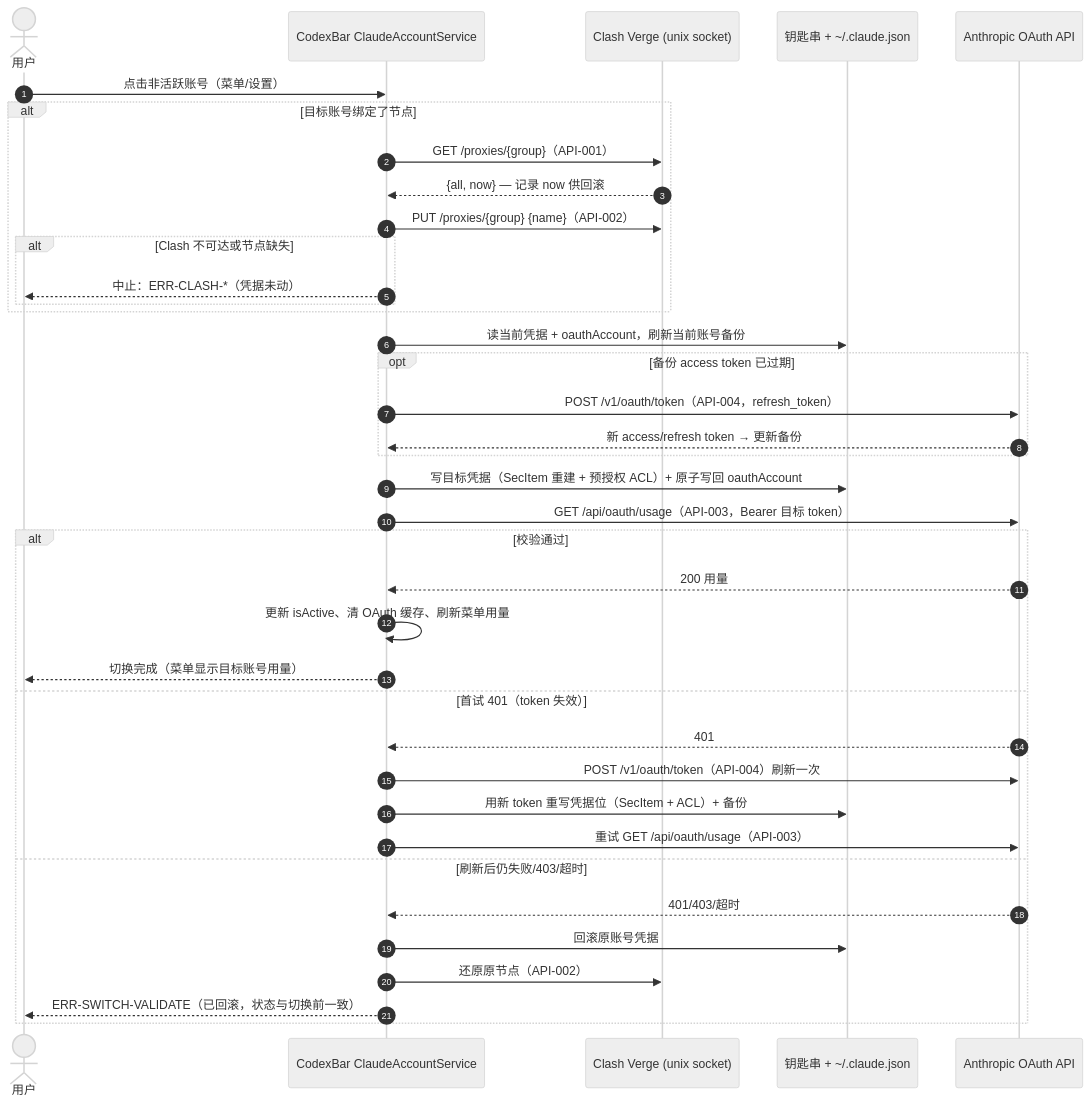
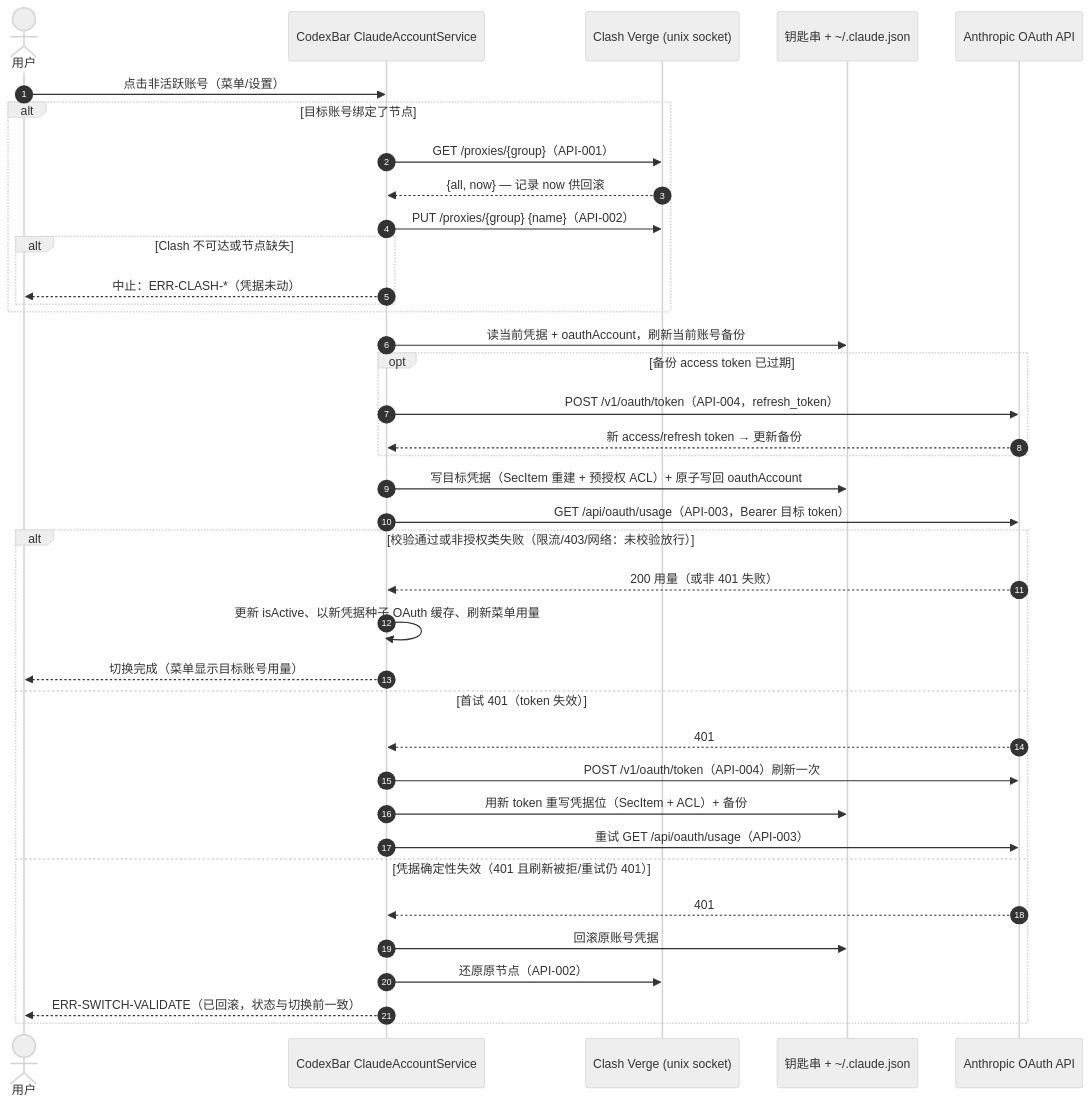
One commit to Bearisbug/CodexBar changed the fourth of 6 diagrams in docs/claude-native-multi-account-clash.md. Above: the diagram before and after it, drawn with Mermaid (neutral theme). The commit also changed other lines of this file and 12 other files, not shown here.

````diff
--- a/docs/claude-native-multi-account-clash.md
+++ b/docs/claude-native-multi-account-clash.md
@@ -235,40 +238,40 @@
 ```mermaid
 sequenceDiagram
   autonumber
   actor U as 用户
   participant CB as CodexBar ClaudeAccountService
   participant CV as Clash Verge (unix socket)
   participant KC as 钥匙串 + ~/.claude.json
   participant AN as Anthropic OAuth API
   U->>CB: 点击非活跃账号（菜单/设置）
   alt 目标账号绑定了节点
     CB->>CV: GET /proxies/{group}（API-001）
     CV-->>CB: {all, now} — 记录 now 供回滚
     CB->>CV: PUT /proxies/{group} {name}（API-002）
     alt Clash 不可达或节点缺失
       CB-->>U: 中止：ERR-CLASH-*（凭据未动）
     end
   end
   CB->>KC: 读当前凭据 + oauthAccount，刷新当前账号备份
   opt 备份 access token 已过期
     CB->>AN: POST /v1/oauth/token（API-004，refresh_token）
     AN-->>CB: 新 access/refresh token → 更新备份
   end
   CB->>KC: 写目标凭据（SecItem 重建 + 预授权 ACL）+ 原子写回 oauthAccount
   CB->>AN: GET /api/oauth/usage（API-003，Bearer 目标 token）
-  alt 校验通过
-    AN-->>CB: 200 用量
-    CB->>CB: 更新 isActive、清 OAuth 缓存、刷新菜单用量
+  alt 校验通过或非授权类失败（限流/403/网络：未校验放行）
+    AN-->>CB: 200 用量（或非 401 失败）
+    CB->>CB: 更新 isActive、以新凭据种子 OAuth 缓存、刷新菜单用量
     CB-->>U: 切换完成（菜单显示目标账号用量）
   else 首试 401（token 失效）
     AN-->>CB: 401
     CB->>AN: POST /v1/oauth/token（API-004）刷新一次
     CB->>KC: 用新 token 重写凭据位（SecItem + ACL）+ 备份
     CB->>AN: 重试 GET /api/oauth/usage（API-003）
-  else 刷新后仍失败/403/超时
-    AN-->>CB: 401/403/超时
+  else 凭据确定性失效（401 且刷新被拒/重试仍 401）
+    AN-->>CB: 401
     CB->>KC: 回滚原账号凭据
     CB->>CV: 还原原节点（API-002）
     CB-->>U: ERR-SWITCH-VALIDATE（已回滚，状态与切换前一致）
   end
 ```
````
